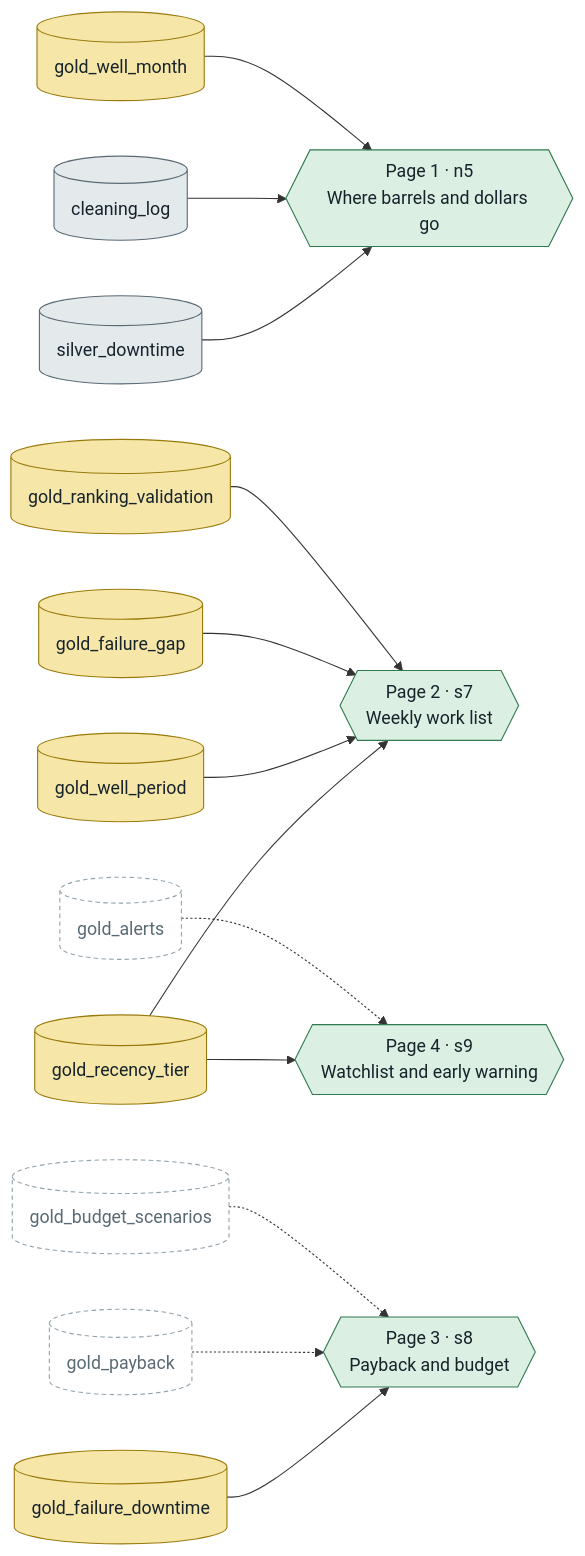
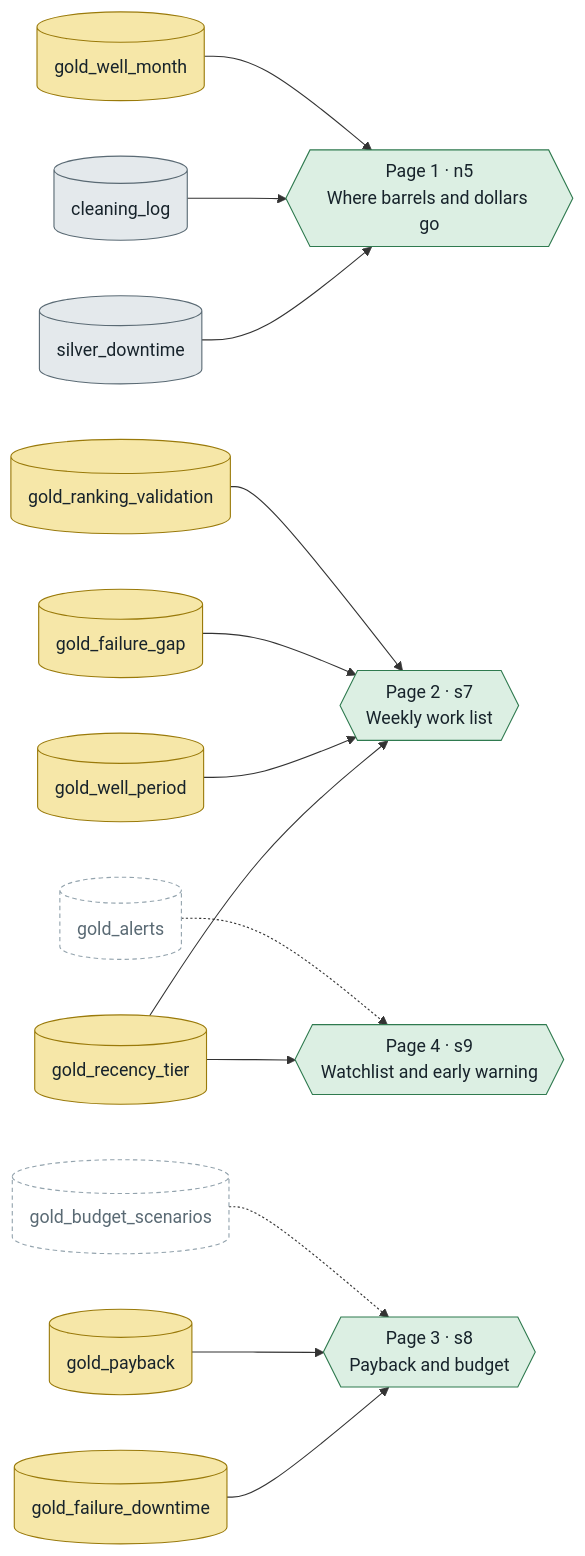
Before and after one commit to Angie629/dsmlc2026: the fourth of 4 diagrams in docs/notebooks_and_data_flow.md, drawn with Mermaid. The commit also changed other lines of this file and 4 other files, not shown here.

````diff
--- a/docs/notebooks_and_data_flow.md
+++ b/docs/notebooks_and_data_flow.md
@@ -163,31 +163,31 @@
 ```mermaid
 flowchart LR
   classDef silver fill:#e4e9ec,stroke:#5a6a74,color:#17232b
   classDef gold fill:#f6e7a8,stroke:#9a7a0a,color:#17232b
   classDef planned fill:#ffffff,stroke:#93a3ad,color:#5a6a74,stroke-dasharray: 4 3
   classDef dash fill:#dcefe3,stroke:#2f7a4f,color:#17232b
 
   ST[("#nbsp;#nbsp;silver_downtime#nbsp;#nbsp;")]:::silver
   CL[("#nbsp;#nbsp;cleaning_log#nbsp;#nbsp;")]:::silver
   GWM[("#nbsp;#nbsp;gold_well_month#nbsp;#nbsp;")]:::gold
   GRT[("#nbsp;#nbsp;gold_recency_tier#nbsp;#nbsp;")]:::gold
   GWP[("#nbsp;#nbsp;gold_well_period#nbsp;#nbsp;")]:::gold
   GFG[("#nbsp;#nbsp;gold_failure_gap#nbsp;#nbsp;")]:::gold
   GRV[("#nbsp;#nbsp;gold_ranking_validation#nbsp;#nbsp;")]:::gold
   GFD[("#nbsp;#nbsp;gold_failure_downtime#nbsp;#nbsp;")]:::gold
-  GPB[("#nbsp;#nbsp;gold_payback#nbsp;#nbsp;")]:::planned
+  GPB[("#nbsp;#nbsp;gold_payback#nbsp;#nbsp;")]:::gold
   GBS[("#nbsp;#nbsp;gold_budget_scenarios#nbsp;#nbsp;")]:::planned
   GAL[("#nbsp;#nbsp;gold_alerts#nbsp;#nbsp;")]:::planned
 
   P1{{"#nbsp;Page 1 · n5#nbsp;<br>Where barrels and dollars go"}}:::dash
   P2{{"#nbsp;Page 2 · s7#nbsp;<br>Weekly work list"}}:::dash
   P3{{"#nbsp;Page 3 · s8#nbsp;<br>Payback and budget"}}:::dash
   P4{{"#nbsp;Page 4 · s9#nbsp;<br>Watchlist and early warning"}}:::dash
 
   ST & CL & GWM --> P1
   GRT & GWP & GFG & GRV --> P2
-  GFD --> P3
-  GPB & GBS -.-> P3
+  GFD & GPB --> P3
+  GBS -.-> P3
   GRT --> P4
   GAL -.-> P4
 ```
````
